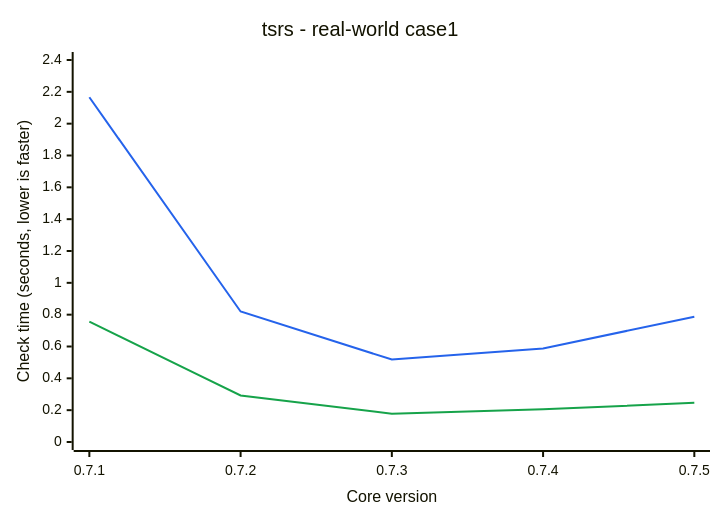
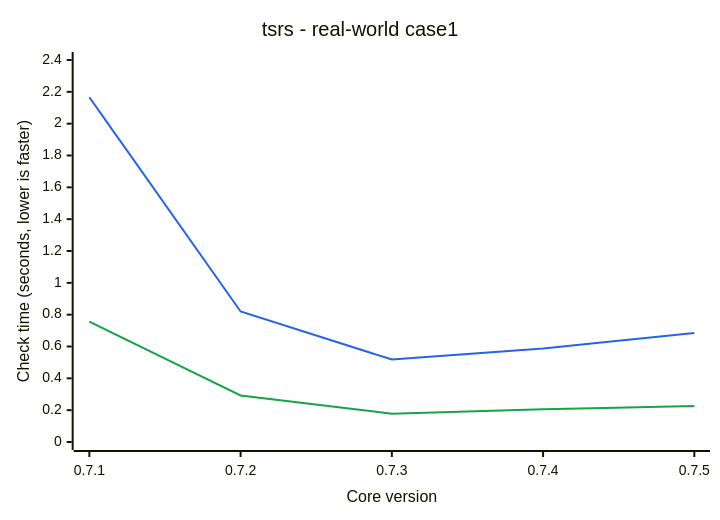
The diagram in README.md (ismailkarsli/TypeSQL), drawn with Mermaid before and after one commit. The commit also changed other lines of this file and 2 other files, not shown here.

````diff
--- a/README.md
+++ b/README.md
@@ -149,9 +149,9 @@
 ```mermaid
 %%{init: {"themeVariables": {"xyChart": {"plotColorPalette": "#2563eb,#16a34a"}}}}%%
 xychart-beta
     title "tsrs - real-world case1"
     x-axis "Core version" ["0.7.1", "0.7.2", "0.7.3", "0.7.4", "0.7.5"]
     y-axis "Check time (seconds, lower is faster)" 0 --> 2.4
-    line [2.166, 0.82, 0.518, 0.588, 0.787]
-    line [0.756, 0.292, 0.178, 0.205, 0.246]
+    line [2.166, 0.82, 0.518, 0.588, 0.685]
+    line [0.756, 0.292, 0.178, 0.205, 0.226]
 ```
````
